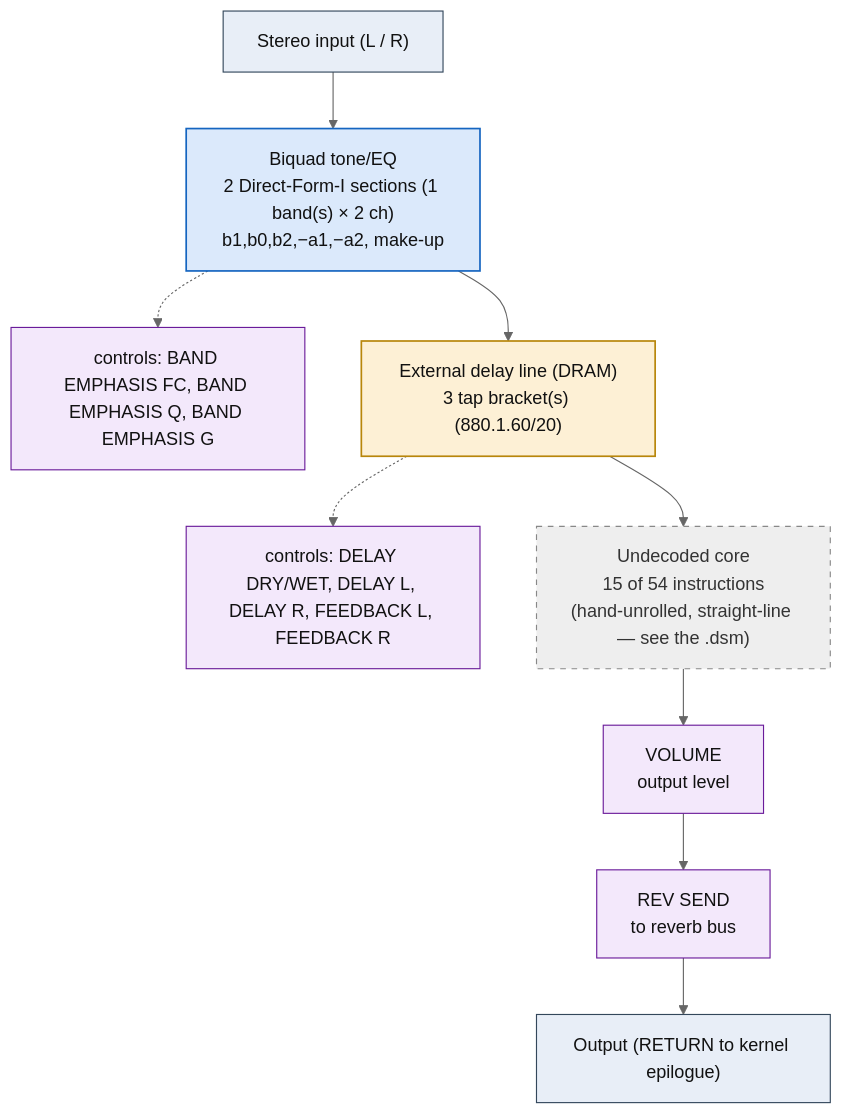
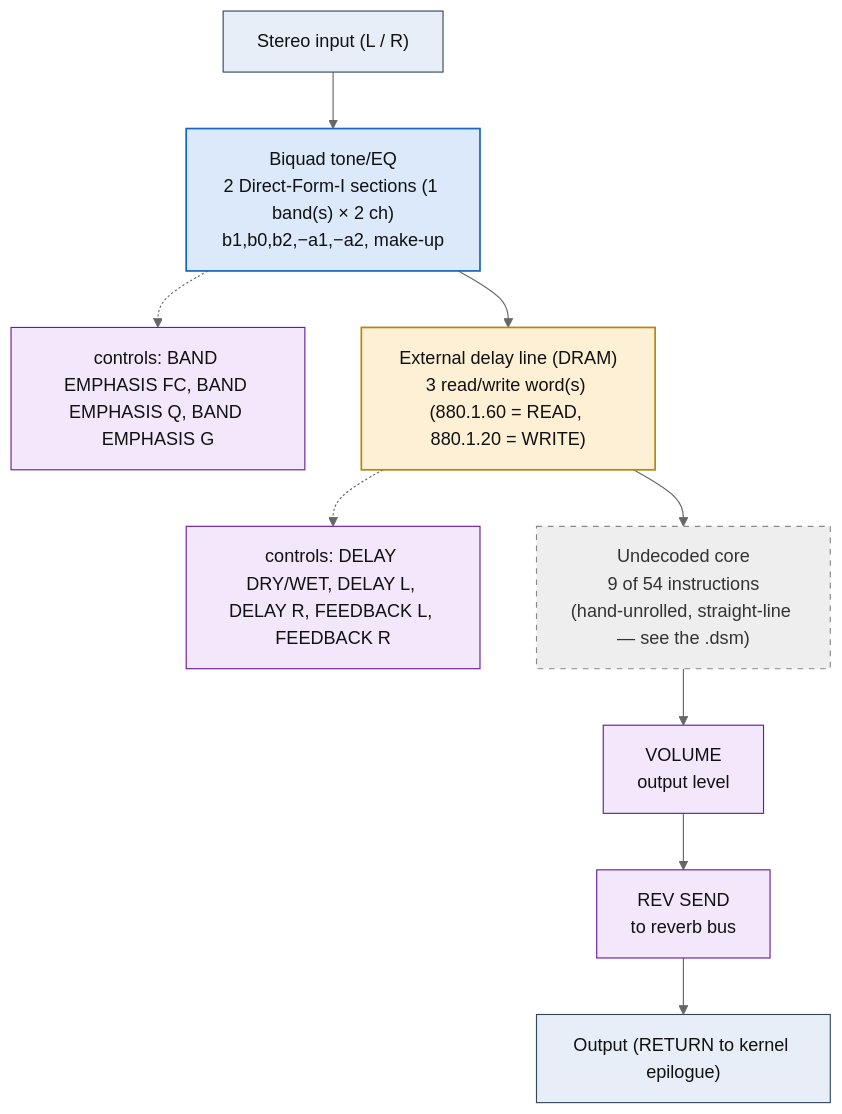
The diagram in flowcharts/prog72_peq_s_delay.md (ArqueologiaDigital/KN5000-docs), drawn with Mermaid (neutral theme) before and after one commit. The commit also changed other lines of this file and 38 other files, not shown here.

First line of the commit message:
flowcharts: withdraw the envelope-detector reading, decode the DRAM accesses

````diff
--- a/flowcharts/prog72_peq_s_delay.md
+++ b/flowcharts/prog72_peq_s_delay.md
@@ -19,32 +19,32 @@
 ```mermaid
 flowchart TD
     N0["Stereo input (L / R)"]
     N1["Biquad tone/EQ<br/>2 Direct-Form-I sections (1 band(s) &times; 2 ch)<br/>b1,b0,b2,&minus;a1,&minus;a2, make-up"]
     N0 --> N1
     N2["controls: BAND EMPHASIS FC, BAND EMPHASIS Q, BAND EMPHASIS G"]
     N1 -.-> N2
-    N3["External delay line (DRAM)<br/>3 tap bracket(s) (880.1.60/20)"]
+    N3["External delay line (DRAM)<br/>3 read/write word(s) (880.1.60 = READ, 880.1.20 = WRITE)"]
     N1 --> N3
     N4["controls: DELAY DRY/WET, DELAY L, DELAY R, FEEDBACK L, FEEDBACK R"]
     N3 -.-> N4
-    N5["Undecoded core<br/>15 of 54 instructions<br/>(hand-unrolled, straight-line &mdash; see the .dsm)"]
+    N5["Undecoded core<br/>9 of 54 instructions<br/>(hand-unrolled, straight-line &mdash; see the .dsm)"]
     N3 --> N5
     N6["VOLUME<br/>output level"]
     N5 --> N6
     N7["REV SEND<br/>to reverb bus"]
     N6 --> N7
     N8["Output (RETURN to kernel epilogue)"]
     N7 --> N8
 
     classDef io fill:#e8eef7,stroke:#33475b,stroke-width:1px,color:#111;
     classDef proven fill:#d7f0d7,stroke:#2e7d32,stroke-width:2px,color:#111;
     classDef measured fill:#dbe9fb,stroke:#1565c0,stroke-width:1.5px,color:#111;
     classDef inferred fill:#fdf0d5,stroke:#b8860b,stroke-width:1.5px,color:#111;
     classDef open fill:#eeeeee,stroke:#888,stroke-width:1px,color:#333,stroke-dasharray:5 5;
     classDef ctrl fill:#f3e8fb,stroke:#6a1b9a,stroke-width:1px,color:#111;
     class N0,N8 io;
     class N1 measured;
     class N2,N4,N6,N7 ctrl;
     class N3 inferred;
     class N5 open;
 ```
````
